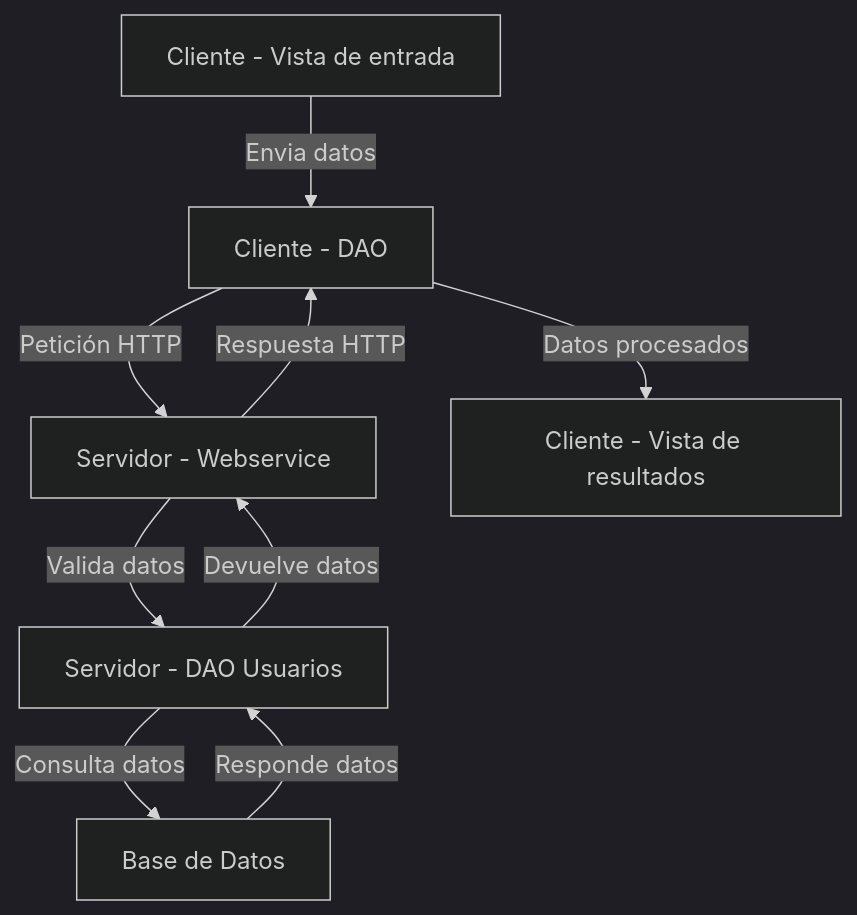
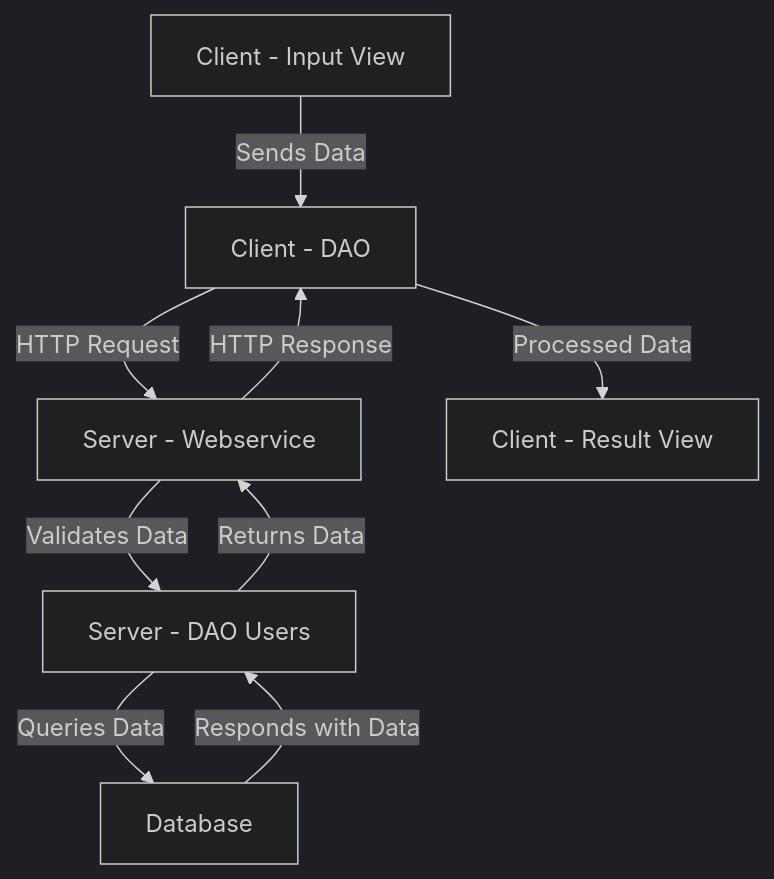
One commit to lauragrr1/tapatapp changed the diagram in Prototip 1/diagramaFluxe.mmd. Above: the diagram before and after it, drawn with Mermaid (dark theme).

```diff
--- a/Prototip 1/diagramaFluxe.mmd
+++ b/Prototip 1/diagramaFluxe.mmd
@@ -1,9 +1,9 @@
 flowchart TD
-    A[Cliente - Vista de entrada] -->|Envia datos| B[Cliente - DAO]
-    B -->|Petición HTTP| C[Servidor - Webservice]
-    C -->|Valida datos| D[Servidor - DAO Usuarios]
-    D -->|Consulta datos| E[Base de Datos]
-    E -->|Responde datos| D
-    D -->|Devuelve datos| C
-    C -->|Respuesta HTTP| B
-    B -->|Datos procesados| F[Cliente - Vista de resultados]
+    A[Client - Input View] -->|Sends Data| B[Client - DAO]
+    B -->|HTTP Request| C[Server - Webservice]
+    C -->|Validates Data| D[Server - DAO Users]
+    D -->|Queries Data| E[Database]
+    E -->|Responds with Data| D
+    D -->|Returns Data| C
+    C -->|HTTP Response| B
+    B -->|Processed Data| F[Client - Result View]
```
